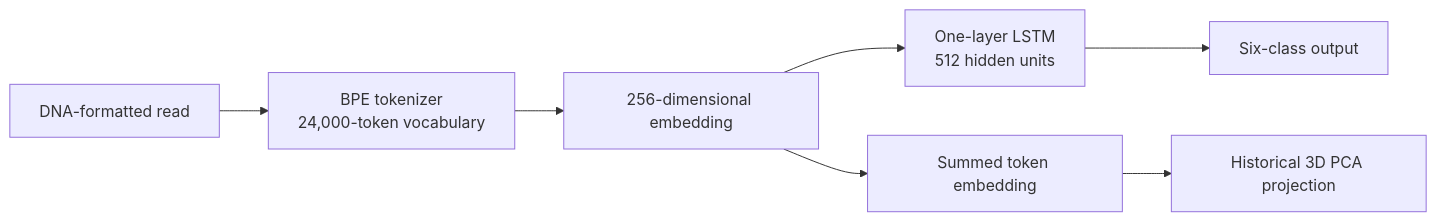
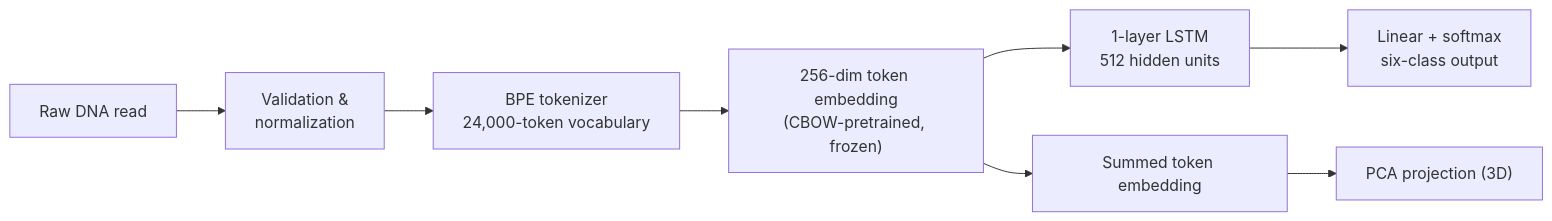
The diagram in README.md (CG-Brian/Viral-genomic-classification), drawn with Mermaid before and after one commit. The commit also changed other lines of this file and 25 other files, not shown here.

````diff
--- a/README.md
+++ b/README.md
@@ -29,9 +47,10 @@
 ```mermaid
 flowchart LR
-    A["DNA-formatted read"] --> B["BPE tokenizer<br/>24,000-token vocabulary"]
-    B --> C["256-dimensional embedding"]
-    C --> D["One-layer LSTM<br/>512 hidden units"]
-    D --> E["Six-class output"]
-    C --> F["Summed token embedding"]
-    F --> G["Historical 3D PCA projection"]
+    A["Raw DNA read"] --> B["Validation &<br/>normalization"]
+    B --> C["BPE tokenizer<br/>24,000-token vocabulary"]
+    C --> D["256-dim token embedding<br/>(CBOW-pretrained, frozen)"]
+    D --> E["1-layer LSTM<br/>512 hidden units"]
+    E --> F["Linear + softmax<br/>six-class output"]
+    D --> G["Summed token embedding"]
+    G --> H["PCA projection (3D)"]
 ```
````
